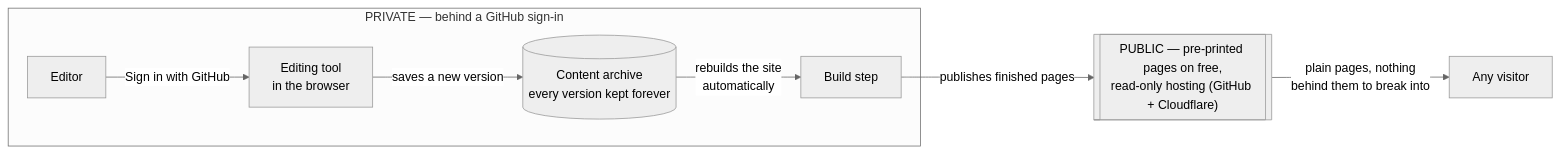
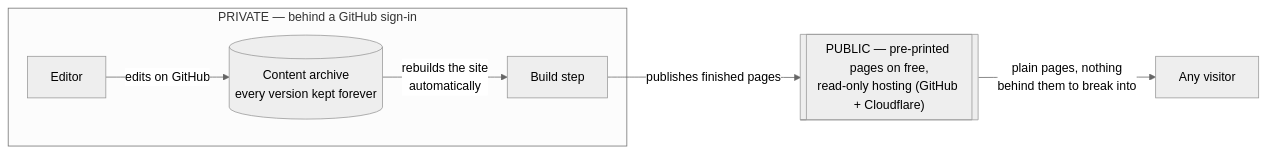
One commit to jarredbarber/loe-vibecode changed the second of 2 diagrams in PITCH.md. Above: the diagram before and after it, drawn with Mermaid (neutral theme). The commit also changed 13 other files, not shown here.

First line of the commit message:
chore: remove Sveltia CMS and OAuth worker; edit via GitHub instead

````diff
--- a/PITCH.md
+++ b/PITCH.md
@@ -33,10 +33,9 @@
 ```mermaid
 flowchart LR
     subgraph private["PRIVATE — behind a GitHub sign-in"]
-        Editor["Editor"] -->|"Sign in with GitHub"| CMS["Editing tool<br/>in the browser"]
-        CMS -->|"saves a new version"| Repo[("Content archive<br/>every version kept forever")]
+        Editor["Editor"] -->|"edits on GitHub"| Repo[("Content archive<br/>every version kept forever")]
         Repo -->|"rebuilds the site<br/>automatically"| Build["Build step"]
     end
     Build -->|"publishes finished pages"| CDN[["PUBLIC — pre-printed pages on free,<br/>read-only hosting (GitHub + Cloudflare)"]]
     CDN -->|"plain pages, nothing<br/>behind them to break into"| Visitor["Any visitor"]
 ```
````
